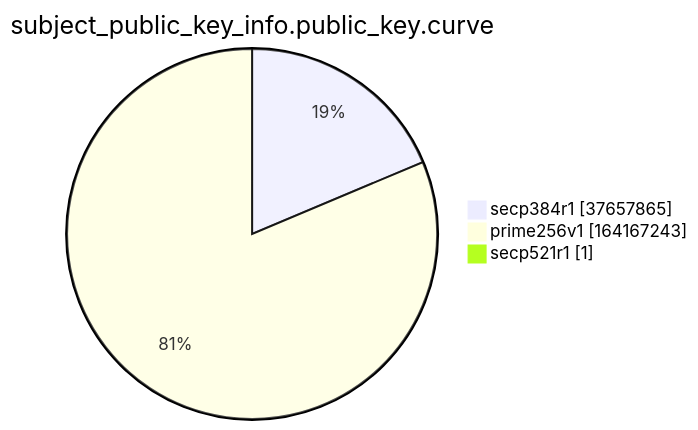
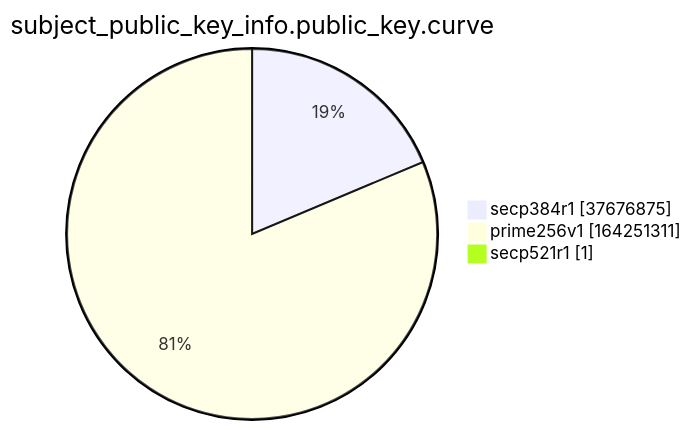
One commit to christiankrug/ctmonitor_visualization changed the ninth of 15 diagrams in argon2022/README.md. Above: the diagram before and after it, drawn with Mermaid. The commit also changed other lines of this file, not shown here.

````diff
--- a/argon2022/README.md
+++ b/argon2022/README.md
@@ -2766,7 +2766,7 @@
 ```mermaid
 pie showData
 title subject_public_key_info.public_key.curve
-"secp384r1" :37657865
-"prime256v1" :164167243
+"secp384r1" :37676875
+"prime256v1" :164251311
 "secp521r1" :1
 ```
````
